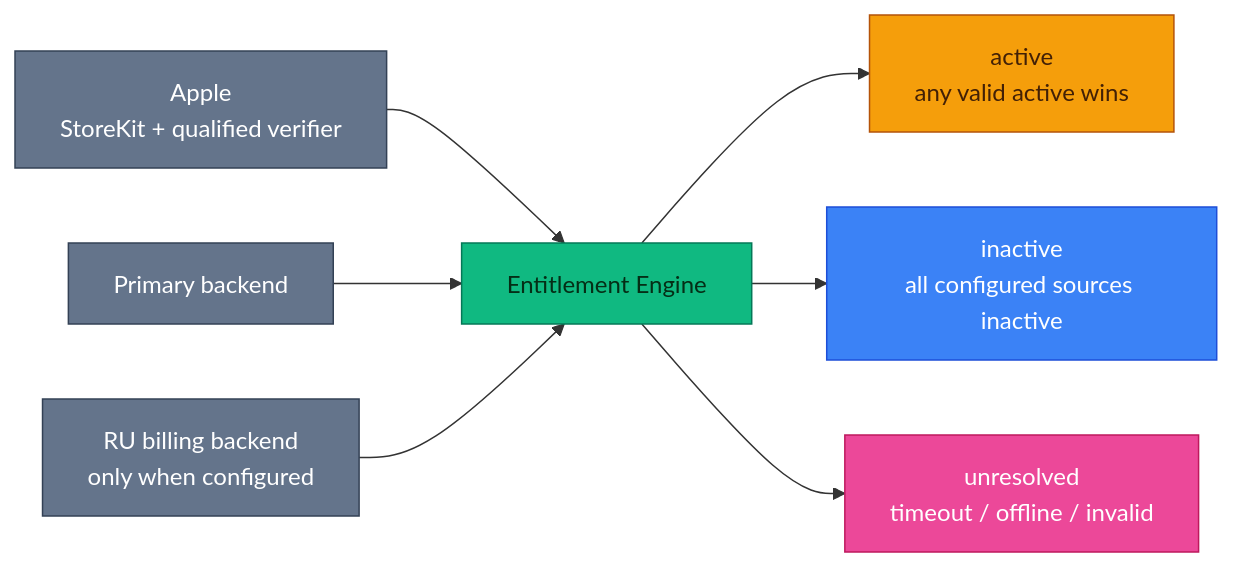
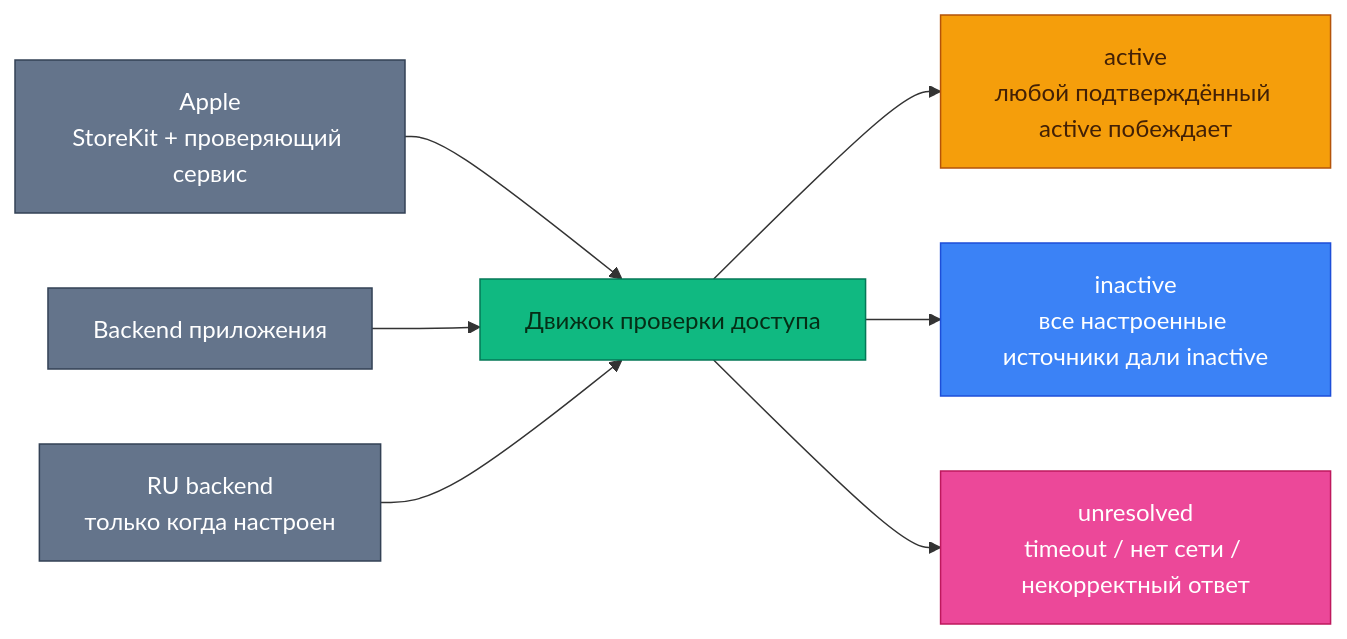
Before and after one commit to BroadApps-official/broad-platform-integration: the diagram in Documentation/Diagrams/entitlement-authority.mmd, drawn with Mermaid. The commit also changed 27 other files, not shown here.

```diff
--- a/Documentation/Diagrams/entitlement-authority.mmd
+++ b/Documentation/Diagrams/entitlement-authority.mmd
@@ -1,15 +1,15 @@
 flowchart LR
-    Apple["Apple\nStoreKit + qualified verifier"] --> Engine["Entitlement Engine"]
-    Backend["Primary backend"] --> Engine
-    RU["RU billing backend\nonly when configured"] --> Engine
-    Engine --> Active["active\nany valid active wins"]
-    Engine --> Inactive["inactive\nall configured sources inactive"]
-    Engine --> Unresolved["unresolved\ntimeout / offline / invalid"]
+    Apple["Apple\nStoreKit + проверяющий сервис"] --> Engine["Движок проверки доступа"]
+    Backend["Backend приложения"] --> Engine
+    RU["RU backend\nтолько когда настроен"] --> Engine
+    Engine --> Active["active\nлюбой подтверждённый active побеждает"]
+    Engine --> Inactive["inactive\nвсе настроенные источники дали inactive"]
+    Engine --> Unresolved["unresolved\ntimeout / нет сети / некорректный ответ"]
 
     style Apple fill:#64748B,color:#FFFFFF,stroke:#334155
     style Backend fill:#64748B,color:#FFFFFF,stroke:#334155
     style RU fill:#64748B,color:#FFFFFF,stroke:#334155
     style Engine fill:#10B981,color:#052E16,stroke:#047857
     style Active fill:#F59E0B,color:#422006,stroke:#B45309
     style Inactive fill:#3B82F6,color:#FFFFFF,stroke:#1D4ED8
     style Unresolved fill:#EC4899,color:#FFFFFF,stroke:#BE185D
```
